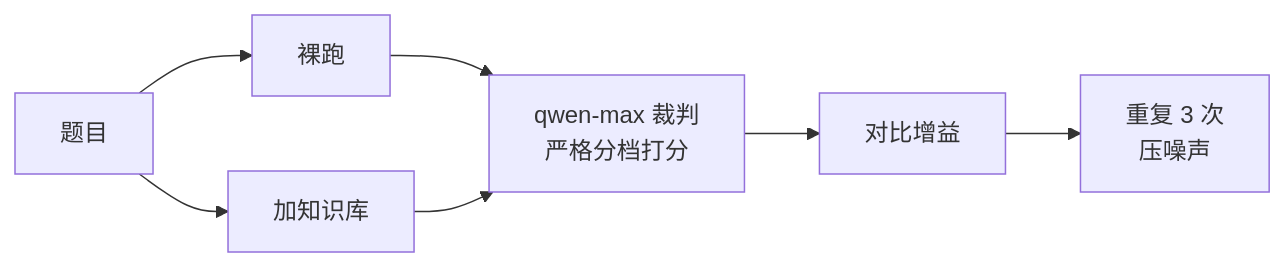
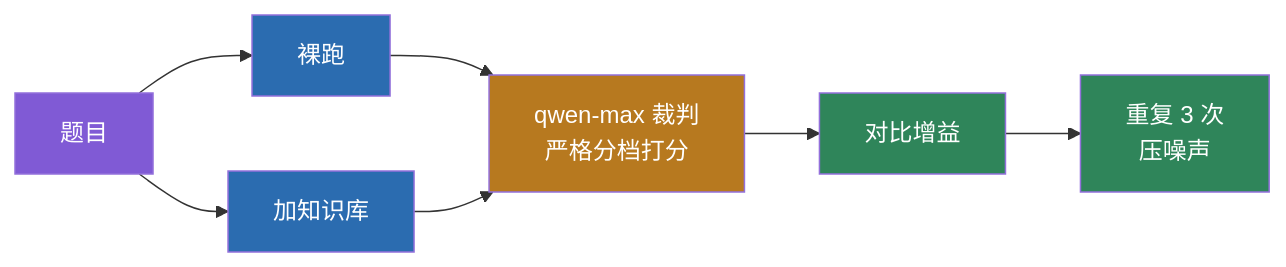
One commit to Baixiaodou/comm-knowledge-graph changed the seventh of 8 diagrams in README.md. Above: the diagram before and after it, drawn with Mermaid. The commit also changed other lines of this file, not shown here.

Commit message:
docs: 修正统计（core 31/leaf 27、思维链 31、连接 271/跨树 76）并统一 mermaid 流程图风格

````diff
--- a/README.md
+++ b/README.md
@@ -383,9 +395,15 @@
 ```mermaid
 flowchart LR
     Q["题目"] --> RAW["裸跑"]
     Q --> KB["加知识库"]
     RAW --> J["qwen-max 裁判<br/>严格分档打分"]
     KB --> J
     J --> G["对比增益"]
     G --> R["重复 3 次<br/>压噪声"]
+    style Q fill:#805ad5,color:#fff
+    style RAW fill:#2b6cb0,color:#fff
+    style KB fill:#2b6cb0,color:#fff
+    style J fill:#b7791f,color:#fff
+    style G fill:#2f855a,color:#fff
+    style R fill:#2f855a,color:#fff
 ```
````
